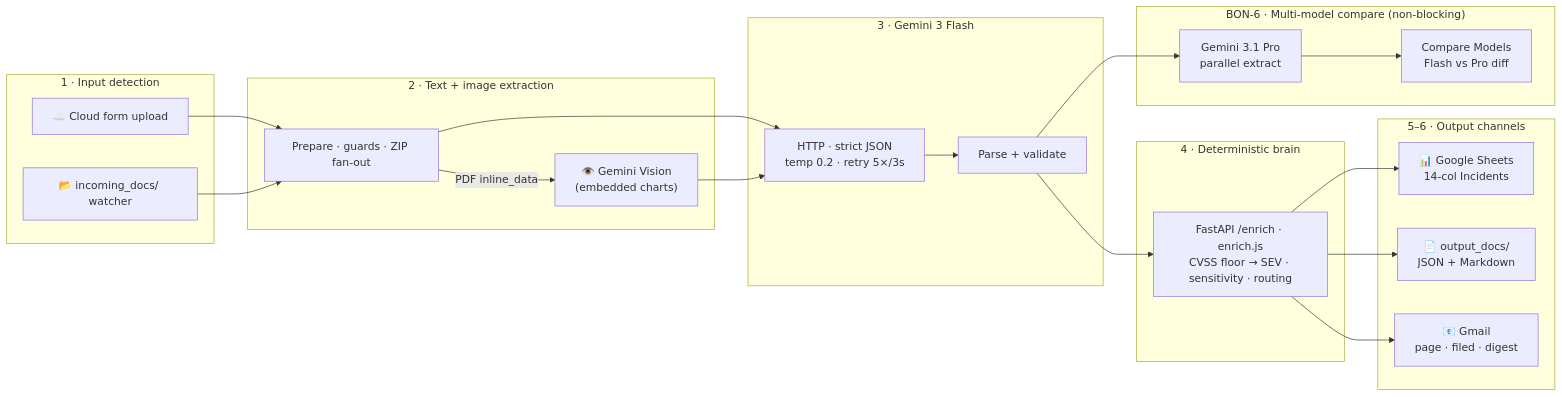
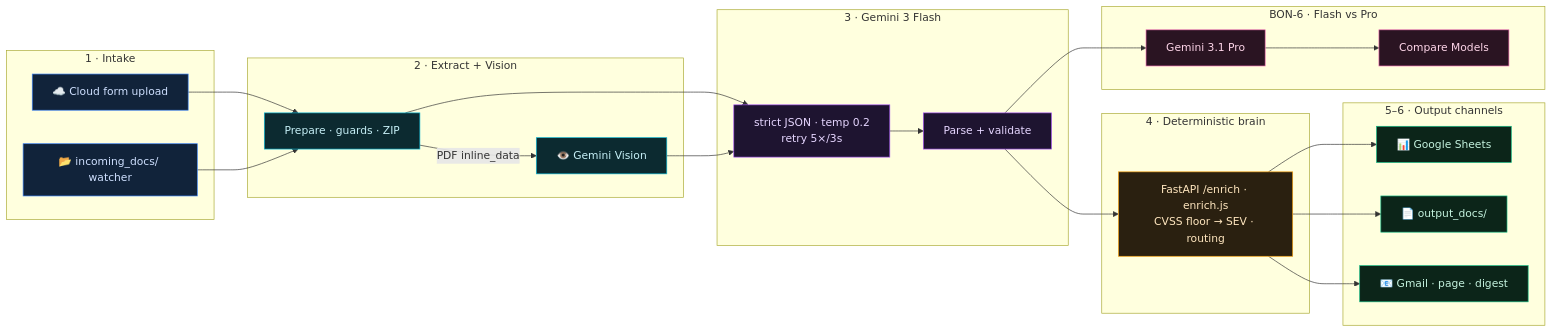
Before and after one commit to reem-mor/hindsight: the diagram in README.md, drawn with Mermaid. The commit also changed other lines of this file and 3 other files, not shown here.

First line of the commit message:
docs(readme): polished color-coded architecture diagram + vibrant README

````diff
--- a/README.md
+++ b/README.md
@@ -36,35 +43,47 @@
 ```mermaid
 flowchart LR
-  subgraph input["1 · Input detection"]
+  subgraph input["1 · Intake"]
     Form["☁️ Cloud form upload"]
     Watch["📂 incoming_docs/ watcher"]
   end
-  subgraph extract["2 · Text + image extraction"]
-    Prep["Prepare · guards · ZIP fan-out"]
-    Vision["👁️ Gemini Vision<br/>(embedded charts)"]
+  subgraph extract["2 · Extract + Vision"]
+    Prep["Prepare · guards · ZIP"]
+    Vision["👁️ Gemini Vision"]
   end
   subgraph analyze["3 · Gemini 3 Flash"]
-    Flash["HTTP · strict JSON<br/>temp 0.2 · retry 5×/3s"]
+    Flash["strict JSON · temp 0.2<br/>retry 5×/3s"]
     Parse["Parse + validate"]
   end
-  subgraph compare6["BON-6 · Multi-model compare (non-blocking)"]
-    Pro["Gemini 3.1 Pro<br/>parallel extract"]
-    Cmp["Compare Models<br/>Flash vs Pro diff"]
+  subgraph compare6["BON-6 · Flash vs Pro"]
+    Pro["Gemini 3.1 Pro"]
+    Cmp["Compare Models"]
   end
   subgraph brain["4 · Deterministic brain"]
-    Enrich["FastAPI /enrich · enrich.js<br/>CVSS floor → SEV · sensitivity · routing"]
+    Enrich["FastAPI /enrich · enrich.js<br/>CVSS floor → SEV · routing"]
   end
   subgraph outputs["5–6 · Output channels"]
-    Sheets["📊 Google Sheets<br/>14-col Incidents"]
-    Files["📄 output_docs/<br/>JSON + Markdown"]
-    Gmail["📧 Gmail<br/>page · filed · digest"]
+    Sheets["📊 Google Sheets"]
+    Files["📄 output_docs/"]
+    Gmail["📧 Gmail · page · digest"]
   end
   Form --> Prep
   Watch --> Prep
-  Prep -->|"PDF inline_data"| Vision
+  Prep -->|PDF inline_data| Vision
   Prep --> Flash
   Vision --> Flash
   Flash --> Parse --> Enrich
   Parse --> Pro --> Cmp
   Enrich --> Sheets & Files & Gmail
+  classDef intake fill:#11233a,stroke:#3b82f6,color:#cfe0ff
+  classDef extract fill:#0c2a30,stroke:#06b6d4,color:#c7f0f7
+  classDef gemini fill:#1e1430,stroke:#a855f7,color:#e6d6ff
+  classDef bonus fill:#2a1422,stroke:#f472b6,color:#ffd6ea
+  classDef brain fill:#2a2010,stroke:#f59e0b,color:#ffe6bf
+  classDef output fill:#0c2519,stroke:#10b981,color:#c5f3df
+  class Form,Watch intake
+  class Prep,Vision extract
+  class Flash,Parse gemini
+  class Pro,Cmp bonus
+  class Enrich brain
+  class Sheets,Files,Gmail output
 ```
````
